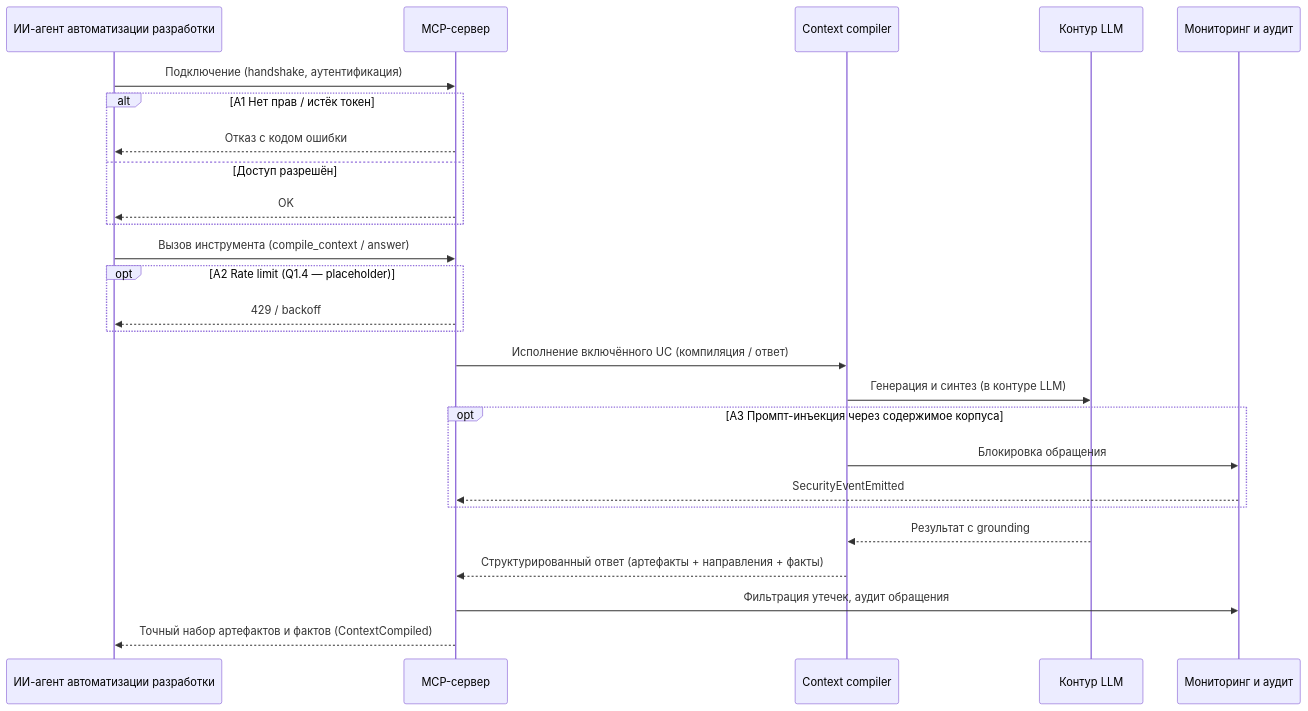
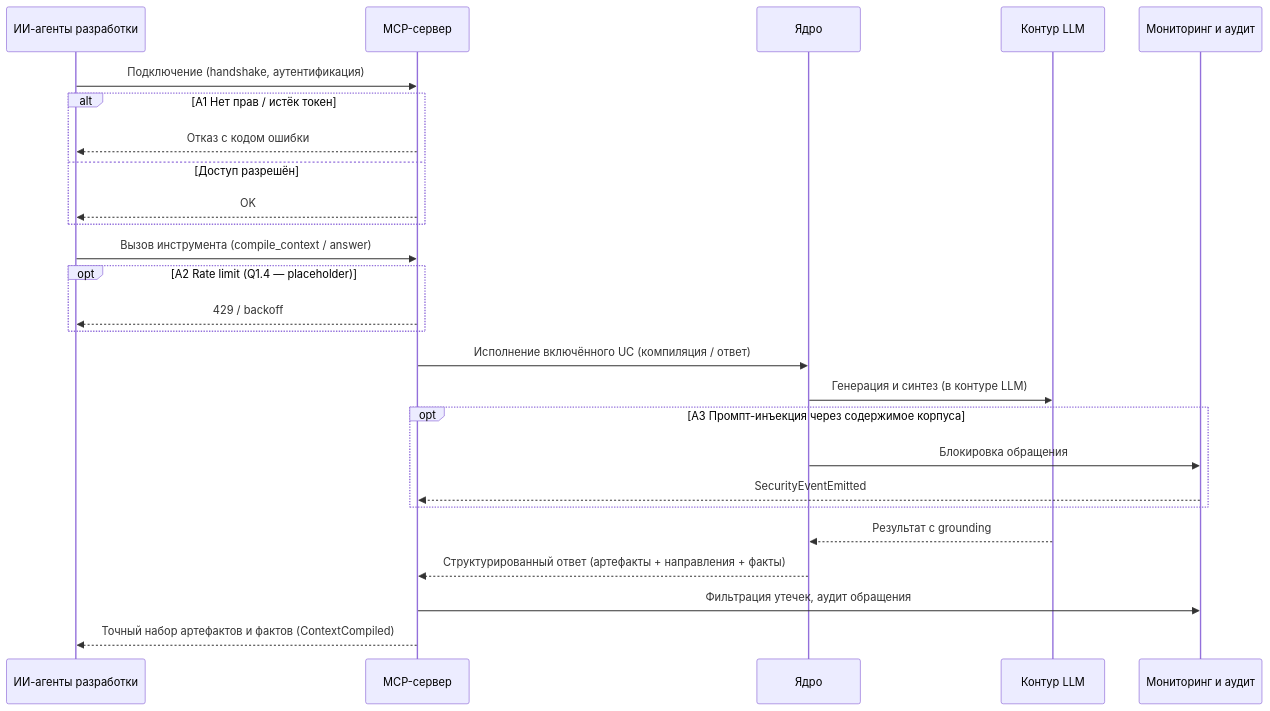
One commit to n-marusov/graphrag changed the diagram in specs/use-cases/UC-mcp.compile.context.md. Above: the diagram before and after it, drawn with Mermaid. The commit also changed other lines of this file and 5 other files, not shown here.

First line of the commit message:
docs(use-cases): align diagram actors with container names

````diff
--- a/specs/use-cases/UC-mcp.compile.context.md
+++ b/specs/use-cases/UC-mcp.compile.context.md
@@ -15,41 +15,41 @@
 ```mermaid
 sequenceDiagram
-    participant Agent as ИИ-агент автоматизации разработки
+    participant Agent as ИИ-агенты разработки
     participant MCP as MCP-сервер
-    participant CC as Context compiler
+    participant Core as Ядро
     participant LLM as Контур LLM
     participant Audit as Мониторинг и аудит
 
     %% --- 1. Подключение ---
     Agent->>MCP: Подключение (handshake, аутентификация)
     alt A1 Нет прав / истёк токен
         MCP-->>Agent: Отказ с кодом ошибки
     else Доступ разрешён
         MCP-->>Agent: OK
     end
 
     %% --- 2. Вызов инструмента ---
     Agent->>MCP: Вызов инструмента (compile_context / answer)
 
     opt A2 Rate limit (Q1.4 — placeholder)
         MCP-->>Agent: 429 / backoff
     end
 
     %% --- 3. Исполнение включённого UC ---
-    MCP->>CC: Исполнение включённого UC (компиляция / ответ)
-    CC->>LLM: Генерация и синтез (в контуре LLM)
+    MCP->>Core: Исполнение включённого UC (компиляция / ответ)
+    Core->>LLM: Генерация и синтез (в контуре LLM)
 
     opt A3 Промпт-инъекция через содержимое корпуса
-        CC->>Audit: Блокировка обращения
+        Core->>Audit: Блокировка обращения
         Audit-->>MCP: SecurityEventEmitted
     end
 
-    LLM-->>CC: Результат с grounding
+    LLM-->>Core: Результат с grounding
 
     %% --- 4. Сериализация и аудит ---
-    CC-->>MCP: Структурированный ответ (артефакты + направления + факты)
+    Core-->>MCP: Структурированный ответ (артефакты + направления + факты)
     MCP->>Audit: Фильтрация утечек, аудит обращения
 
     %% --- 5. Ответ агенту ---
     MCP-->>Agent: Точный набор артефактов и фактов (ContextCompiled)
 ```
````
